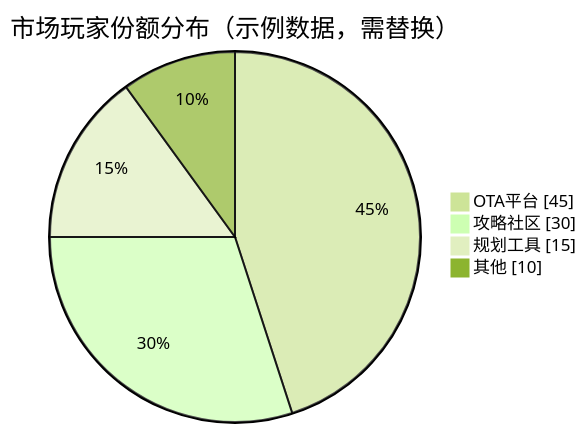
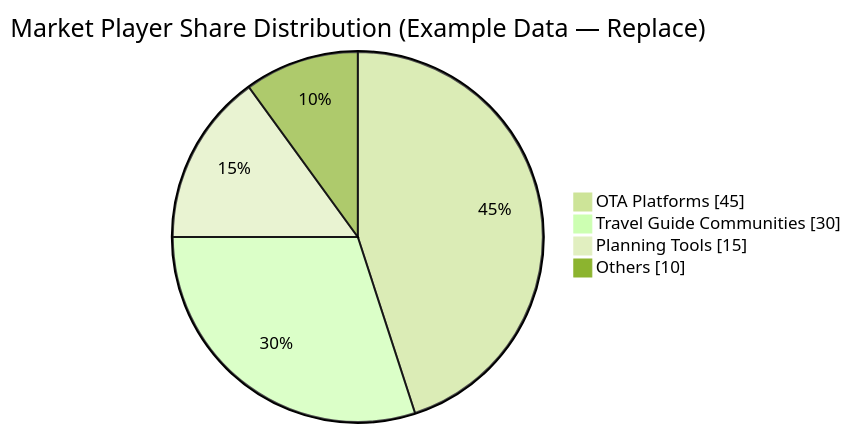
The diagram in templates/产品/战略层/【模板】竞品分析报告.md (Kirky-X/cangjie), drawn with Mermaid (forest theme) before and after one commit. The commit also changed other lines of this file and 46 other files, not shown here.

````diff
--- a/templates/产品/战略层/【模板】竞品分析报告.md
+++ b/templates/产品/战略层/【模板】竞品分析报告.md
@@ -133,8 +133,8 @@
 ```mermaid
 pie showData
-  title 市场玩家份额分布（示例数据，需替换）
-  "OTA平台" : 45
-  "攻略社区" : 30
-  "规划工具" : 15
-  "其他" : 10
+  title Market Player Share Distribution (Example Data — Replace)
+  "OTA Platforms" : 45
+  "Travel Guide Communities" : 30
+  "Planning Tools" : 15
+  "Others" : 10
 ```
````
